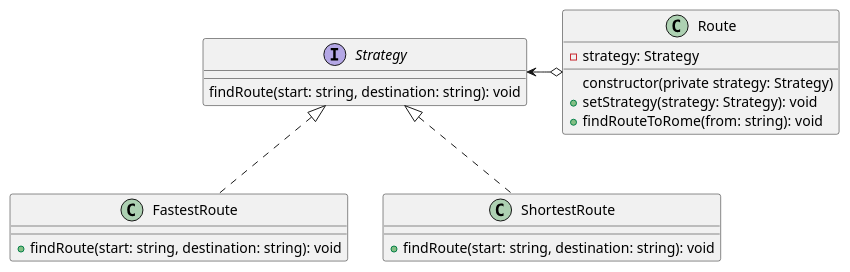
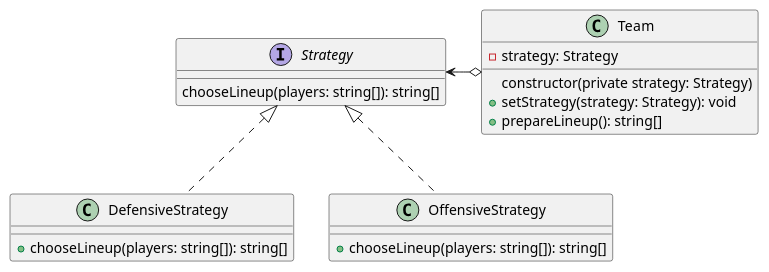
The diagram in src/app/behavioral/strategy/strategy.puml (plkpiotr/design-patterns), drawn with PlantUML before and after one commit. The commit also changed 8 other files, not shown here.

Commit message:
Update diagrams to real life examples

```diff
--- a/src/app/behavioral/strategy/strategy.puml
+++ b/src/app/behavioral/strategy/strategy.puml
@@ -1,27 +1,27 @@
 @startuml
 
 interface Strategy {
-  findRoute(start: string, destination: string): void
+  chooseLineup(players: string[]): string[]
 }
 
-class Route {
+class Team {
   - strategy: Strategy
   constructor(private strategy: Strategy)
   + setStrategy(strategy: Strategy): void
-  + findRouteToRome(from: string): void
+  + prepareLineup(): string[]
 }
 
-class FastestRoute {
-  + findRoute(start: string, destination: string): void
+class DefensiveStrategy {
+  + chooseLineup(players: string[]): string[]
 }
 
-class ShortestRoute {
-  + findRoute(start: string, destination: string): void
+class OffensiveStrategy {
+  + chooseLineup(players: string[]): string[]
 }
 
-Strategy <-o Route
+Strategy <-o Team
 
-Strategy <|.. FastestRoute
-Strategy <|.. ShortestRoute
+Strategy <|.. DefensiveStrategy
+Strategy <|.. OffensiveStrategy
 
 @enduml
```
